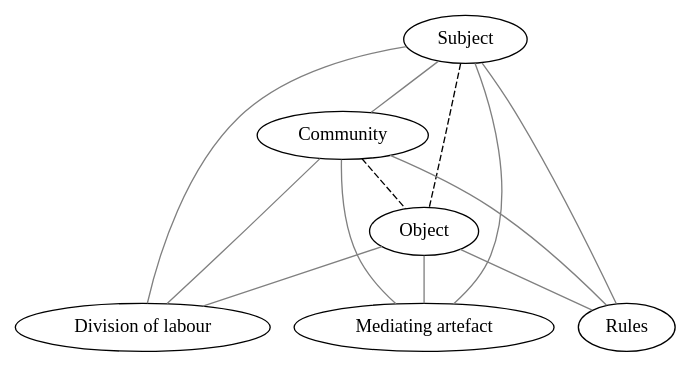
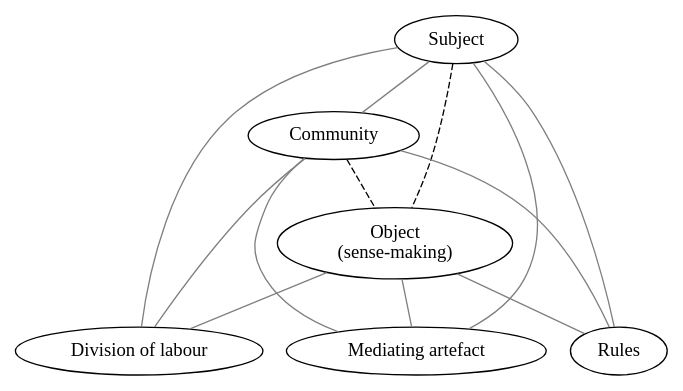
Before and after one commit to Lispl-Wicht/c-logo-s: the diagram in conceptual-work/AT-system.dot, drawn with Graphviz. The commit also changed 2 other files, not shown here.

```diff
--- a/conceptual-work/AT-system.dot
+++ b/conceptual-work/AT-system.dot
@@ -1,25 +1,25 @@
 graph {
   /*rankdir = LR;*/
   s [label = "Subject"];
-  o [label = "Object"];
+  o [label = "Object\n(sense-making)"];
   c [label = "Community"];
   m [label = "Mediating artefact"];
   r [label = "Rules"];
-  d [label =" Division of labour"];
+  d [label = "Division of labour"];
 
   s -- o [ style=dashed ];
   s -- c [ color=gray ];
   s -- m [ color=gray ];
   s -- r [ color=gray ];
   s -- d [ color=gray ];
   
   c -- o [ style=dashed ];
   c -- m [ color=gray ];
   c -- r [ color=gray ];
   c -- d [ color=gray ];
 
   o -- m [ color=gray ];
   o -- d [ color=gray ];
   o -- r [ color=gray ];
 
 }
```
